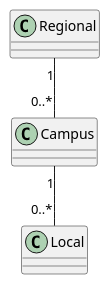
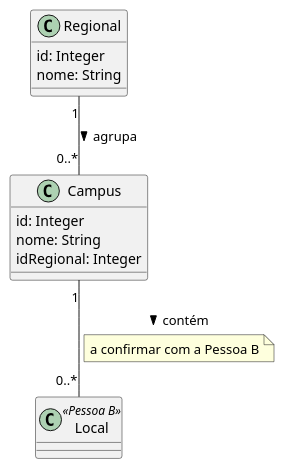
The diagram in Integracao/entidades/Entidade-Campus.md (joseduardogon/Minha_UFG_Grupo_Cinza), drawn with PlantUML before and after one commit. The commit also changed other lines of this file and 131 other files, not shown here.

````diff
--- a/Integracao/entidades/Entidade-Campus.md
+++ b/Integracao/entidades/Entidade-Campus.md
@@ -43,7 +45,15 @@
 ```plantuml
-class Campus
-class Regional
-class Local
-Regional "1" -- "0..*" Campus
-Campus "1" -- "0..*" Local
+class Regional {
+  id: Integer
+  nome: String
+}
+class Campus {
+  id: Integer
+  nome: String
+  idRegional: Integer
+}
+class Local <<Pessoa B>>
+Regional "1" -- "0..*" Campus : agrupa >
+Campus "1" -- "0..*" Local : contém >
+note on link : a confirmar com a Pessoa B
 ```
````
